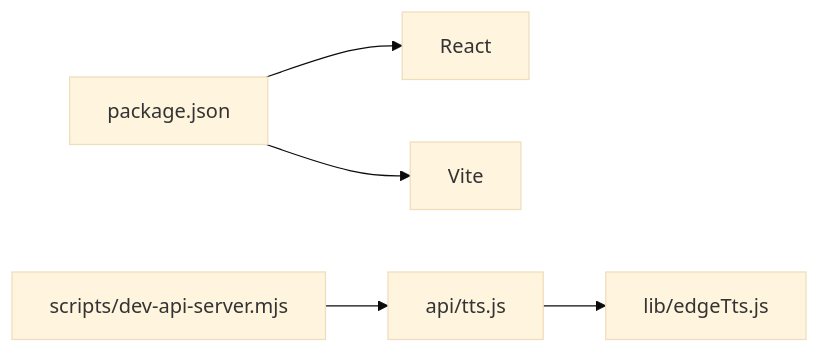
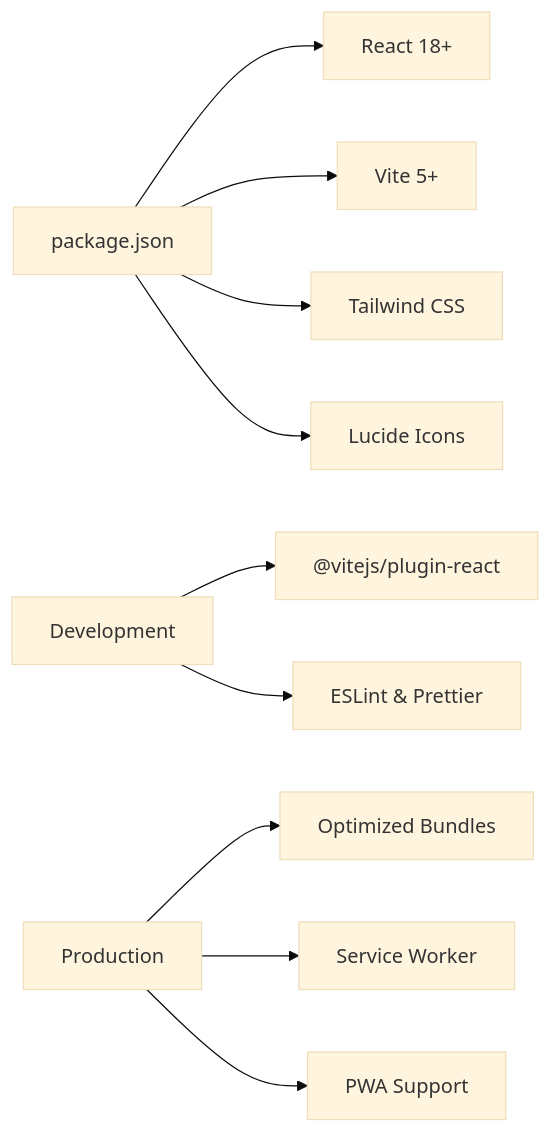
One commit to zmyeo54/briefroom changed the second of 2 diagrams in .qoder/repowiki/en/content/Getting Started.md. Above: the diagram before and after it, drawn with Mermaid (base theme). The commit also changed other lines of this file and 5 other files, not shown here.

````diff
--- a/.qoder/repowiki/en/content/Getting Started.md
+++ b/.qoder/repowiki/en/content/Getting Started.md
@@ -203,7 +262,12 @@
 ```mermaid
 graph LR
-P["package.json"] --> R["React"]
-P --> V["Vite"]
-A["api/tts.js"] --> L["lib/edgeTts.js"]
-S["scripts/dev-api-server.mjs"] --> A
+A["package.json"] --> B["React 18+"]
+A --> C["Vite 5+"]
+A --> D["Tailwind CSS"]
+A --> E["Lucide Icons"]
+F["Development"] --> G["@vitejs/plugin-react"]
+F --> H["ESLint & Prettier"]
+I["Production"] --> J["Optimized Bundles"]
+I --> K["Service Worker"]
+I --> L["PWA Support"]
 ```
````
